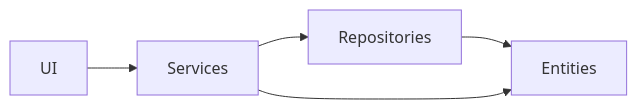
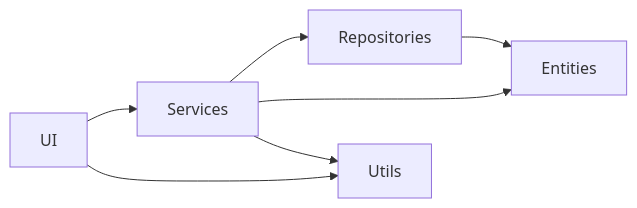
Before and after one commit to jensjvh/ot-harjoitusty-: the first of 5 diagrams in dokumentaatio/arkkitehtuuri.md, drawn with Mermaid. The commit also changed other lines of this file, not shown here.

````diff
--- a/dokumentaatio/arkkitehtuuri.md
+++ b/dokumentaatio/arkkitehtuuri.md
@@ -5,7 +5,9 @@
 ```mermaid
   graph LR
     UI --> Services
     Services --> Repositories
     Repositories --> Entities
     Services --> Entities
+    UI --> Utils
+    Services --> Utils
 ```
````
